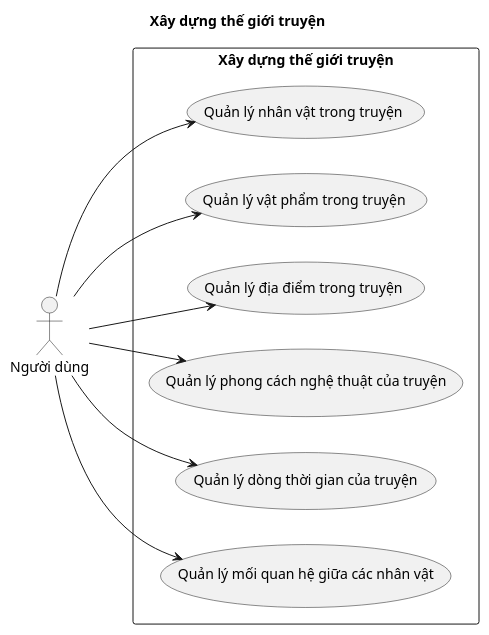
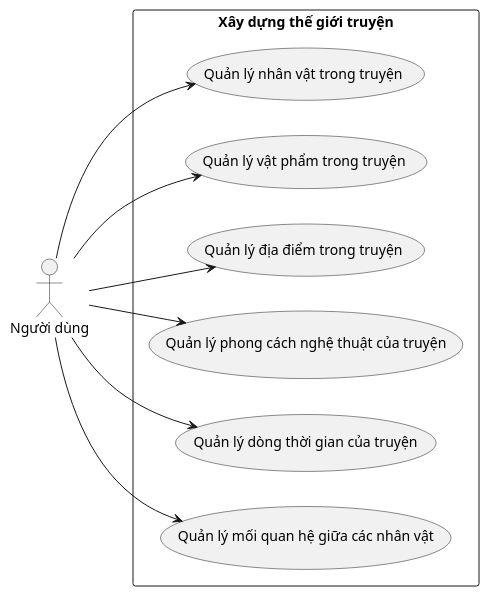
One commit to 202416852-anhpv/story2video-docs changed the diagram in docs/use-case-diagrams/xay-dung-the-gioi-truyen.puml. Above: the diagram before and after it, drawn with PlantUML. The commit also changed 10 other files, not shown here.

```diff
--- a/docs/use-case-diagrams/xay-dung-the-gioi-truyen.puml
+++ b/docs/use-case-diagrams/xay-dung-the-gioi-truyen.puml
@@ -1,23 +1,22 @@
 @startuml xay-dung-the-gioi-truyen
-title Xây dựng thế giới truyện
 left to right direction
 
 actor "Người dùng" as User
 
 rectangle "Xây dựng thế giới truyện" {
     usecase "Quản lý nhân vật trong truyện" as UC_01
     usecase "Quản lý vật phẩm trong truyện" as UC_02
     usecase "Quản lý địa điểm trong truyện" as UC_03
     usecase "Quản lý phong cách nghệ thuật của truyện" as UC_04
     usecase "Quản lý dòng thời gian của truyện" as UC_05
     usecase "Quản lý mối quan hệ giữa các nhân vật" as UC_06
 }
 
 User --> UC_01
 User --> UC_02
 User --> UC_03
 User --> UC_04
 User --> UC_05
 User --> UC_06
 
 @enduml
```
